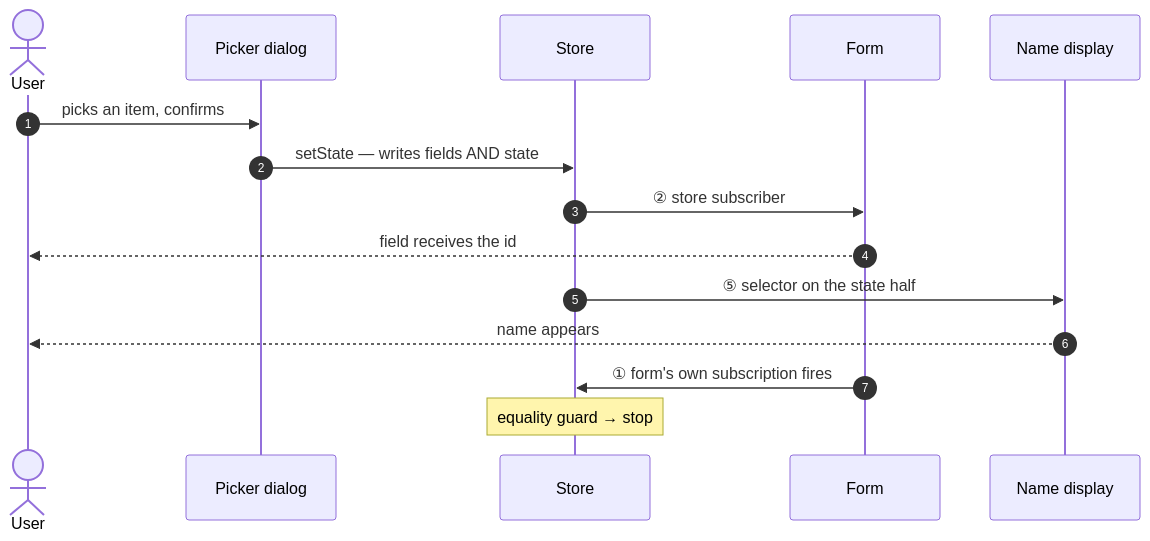
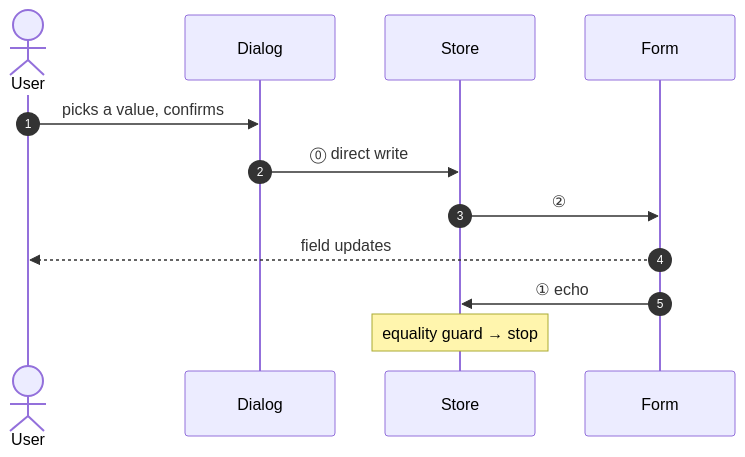
One commit to jadecubes/multi-party-state-sync changed the third of 9 diagrams in README.md. Above: the diagram before and after it, drawn with Mermaid. The commit also changed other lines of this file, not shown here.

First line of the commit message:
docs: reshape into question, statement, diagram

````diff
--- a/README.md
+++ b/README.md
@@ -86,18 +61,15 @@
 ```mermaid
 sequenceDiagram
     autonumber
     actor U as User
-    participant D as Picker dialog
+    participant D as Dialog
     participant S as Store
     participant F as Form
-    participant N as Name display
 
-    U->>D: picks an item, confirms
-    D->>S: setState — writes fields AND state
-    S->>F: ② store subscriber
-    F-->>U: field receives the id
-    S->>N: ⑤ selector on the state half
-    N-->>U: name appears
-    F->>S: ① form's own subscription fires
+    U->>D: picks a value, confirms
+    D->>S: ⓪ direct write
+    S->>F: ②
+    F-->>U: field updates
+    F->>S: ① echo
     Note over S: equality guard → stop
 ```
````
